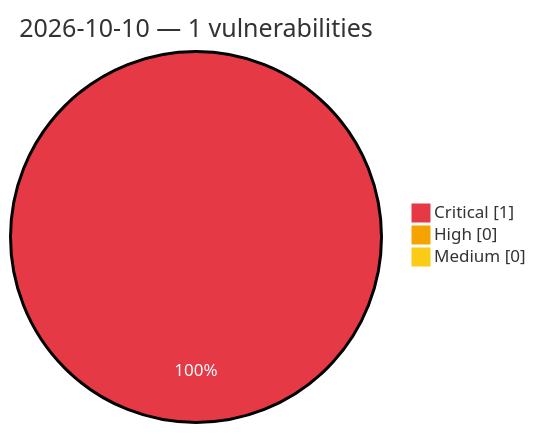
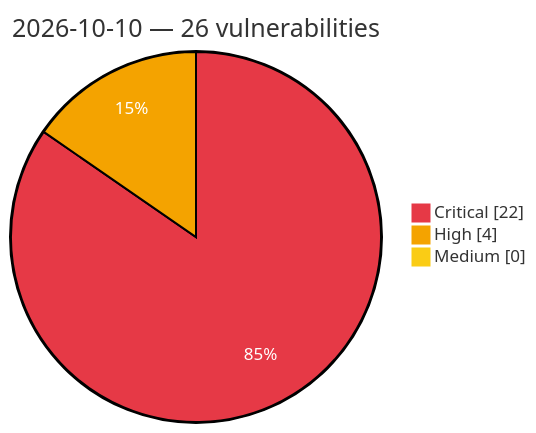
One commit to GhostX0X/vuln-tracker changed the diagram in vulnerabilities/2026/October/2026-10-10.md. Above: the diagram before and after it, drawn with Mermaid. The commit also changed other lines of this file and 5 other files, not shown here.

Commit message:
Auto update: critical/high vulns (2026-10-10 09:23 UTC)

````diff
--- a/vulnerabilities/2026/October/2026-10-10.md
+++ b/vulnerabilities/2026/October/2026-10-10.md
@@ -3,8 +3,8 @@
 ```mermaid
 %%{init: {'theme':'base', 'themeVariables': {'pie1':'#e63946', 'pie2':'#f4a300', 'pie3':'#facc15', 'pieOpacity':'1', 'pieOuterStrokeWidth':'2px', 'pieSectionTextColor':'#ffffff'}}}%%
 pie showData
-    title 2026-10-10 — 1 vulnerabilities
-    "Critical" : 1
-    "High" : 0
+    title 2026-10-10 — 26 vulnerabilities
+    "Critical" : 22
+    "High" : 4
     "Medium" : 0
 ```
````
